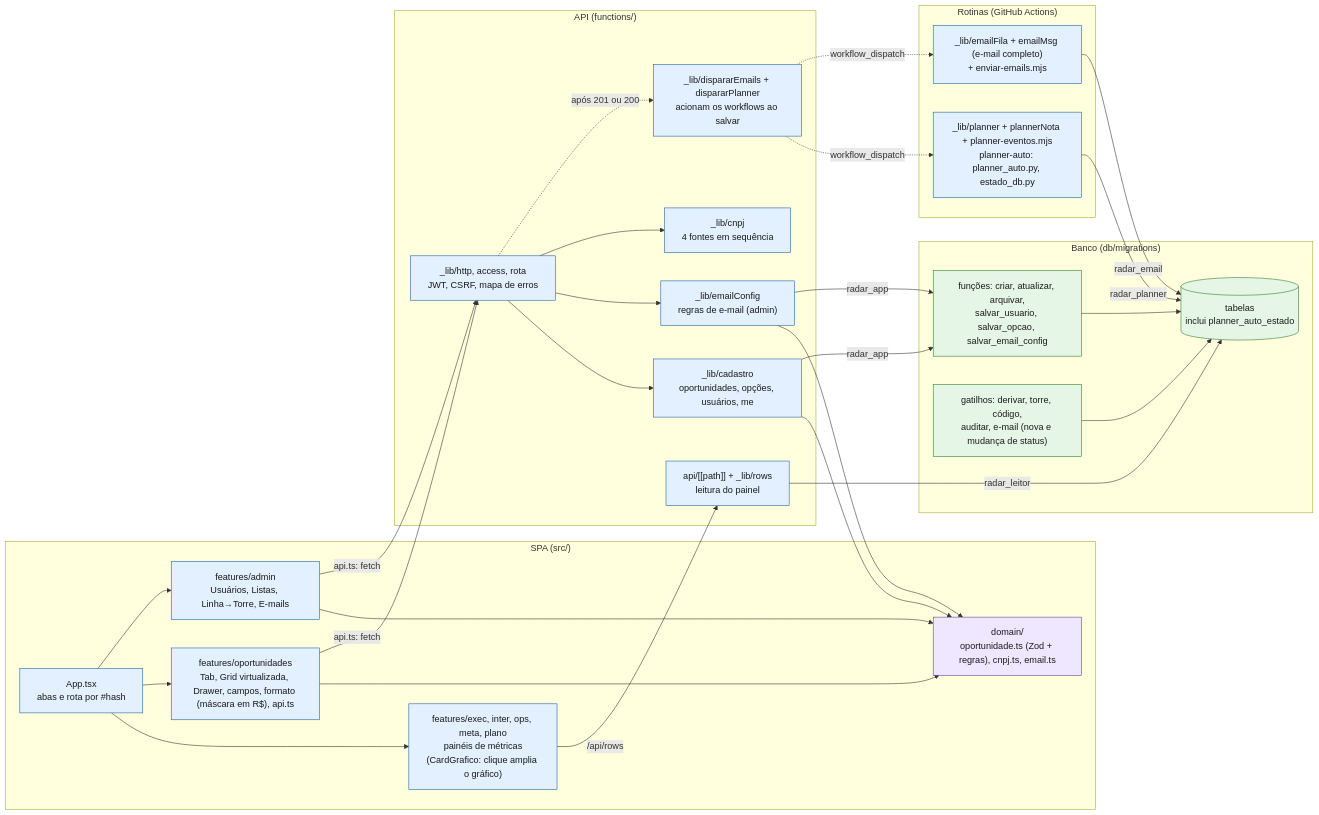
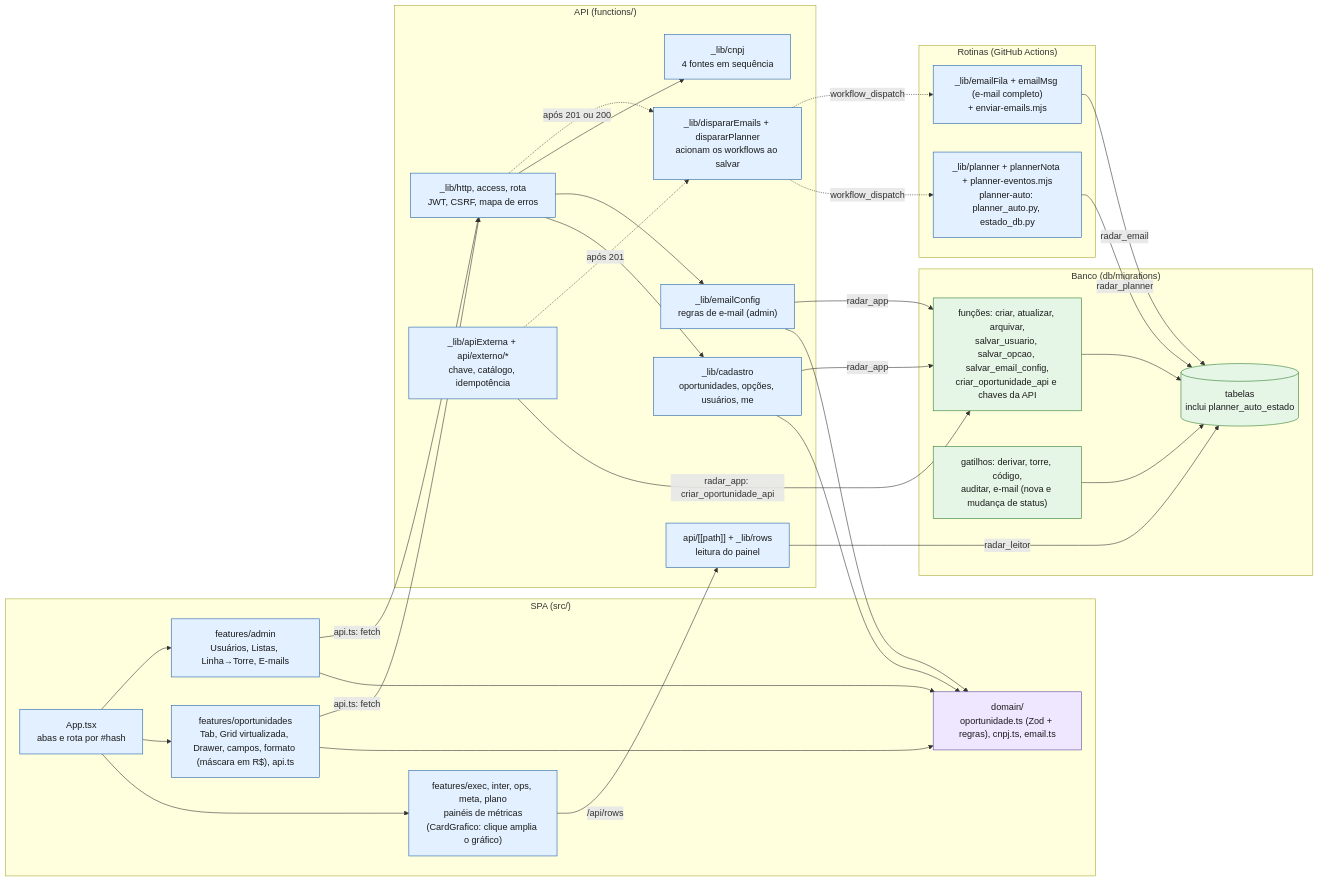
One commit to agentanalisedegoverno-svg/dashboard-metrics-team changed the fifth of 22 diagrams in docs/DIAGRAMAS.md. Above: the diagram before and after it, drawn with Mermaid. The commit also changed other lines of this file and 12 other files, not shown here.

Commit message:
docs: API externa nos diagramas (D1, D2, D4, D17, D18, D19), arquitetura, operação, roadmap e cadastro

````diff
--- a/docs/DIAGRAMAS.md
+++ b/docs/DIAGRAMAS.md
@@ -216,58 +220,61 @@
 ```mermaid
 flowchart LR
   classDef interno fill:#e3f0ff,stroke:#1f5fa8,color:#1a1a1a
   classDef dados fill:#e6f6e6,stroke:#2d7a2d,color:#1a1a1a
   classDef comum fill:#efe7ff,stroke:#5b3fa6,color:#1a1a1a
 
   subgraph spa["SPA (src/)"]
     APP["App.tsx<br/>abas e rota por #hash"]:::interno
     PNL["features/exec, inter, ops, meta, plano<br/>painéis de métricas<br/>(CardGrafico: clique amplia o gráfico)"]:::interno
     OPT["features/oportunidades<br/>Tab, Grid virtualizada, Drawer, campos, formato (máscara em R$), api.ts"]:::interno
     ADM["features/admin<br/>Usuários, Listas, Linha→Torre, E-mails"]:::interno
     DOM["domain/<br/>oportunidade.ts (Zod + regras), cnpj.ts, email.ts"]:::comum
   end
 
   subgraph fn["API (functions/)"]
     HTTP["_lib/http, access, rota<br/>JWT, CSRF, mapa de erros"]:::interno
     CAD["_lib/cadastro<br/>oportunidades, opções, usuários, me"]:::interno
     EMC["_lib/emailConfig<br/>regras de e-mail (admin)"]:::interno
     CNP["_lib/cnpj<br/>4 fontes em sequência"]:::interno
     DSP["_lib/dispararEmails + dispararPlanner<br/>acionam os workflows ao salvar"]:::interno
+    EXT["_lib/apiExterna + api/externo/*<br/>chave, catálogo, idempotência"]:::interno
     ROWS["api/[[path]] + _lib/rows<br/>leitura do painel"]:::interno
   end
 
   subgraph scr["Rotinas (GitHub Actions)"]
     PLE["_lib/planner + plannerNota + planner-eventos.mjs<br/>planner-auto: planner_auto.py, estado_db.py"]:::interno
     EMF["_lib/emailFila + emailMsg (e-mail completo)<br/>+ enviar-emails.mjs"]:::interno
   end
 
   subgraph bd["Banco (db/migrations)"]
-    FUN["funções: criar, atualizar, arquivar,<br/>salvar_usuario, salvar_opcao, salvar_email_config"]:::dados
+    FUN["funções: criar, atualizar, arquivar,<br/>salvar_usuario, salvar_opcao, salvar_email_config,<br/>criar_oportunidade_api e chaves da API"]:::dados
     TRG["gatilhos: derivar, torre, código,<br/>auditar, e-mail (nova e mudança de status)"]:::dados
     TAB[("tabelas<br/>inclui planner_auto_estado")]:::dados
   end
 
   APP --> PNL
   APP --> OPT
   APP --> ADM
   OPT --> DOM
   ADM --> DOM
   OPT -->|"api.ts: fetch"| HTTP
   ADM -->|"api.ts: fetch"| HTTP
   PNL -->|"/api/rows"| ROWS
   HTTP --> CAD
   HTTP --> EMC
   HTTP --> CNP
   HTTP -.->|"após 201 ou 200"| DSP
+  EXT -->|"radar_app: criar_oportunidade_api"| FUN
+  EXT -.->|"após 201"| DSP
   CAD --> DOM
   EMC --> DOM
   CAD -->|"radar_app"| FUN
   EMC -->|"radar_app"| FUN
   ROWS -->|"radar_leitor"| TAB
   FUN --> TAB
   TRG --> TAB
   DSP -.->|"workflow_dispatch"| PLE
   DSP -.->|"workflow_dispatch"| EMF
   PLE -->|"radar_planner"| TAB
   EMF -->|"radar_email"| TAB
 ```
````
